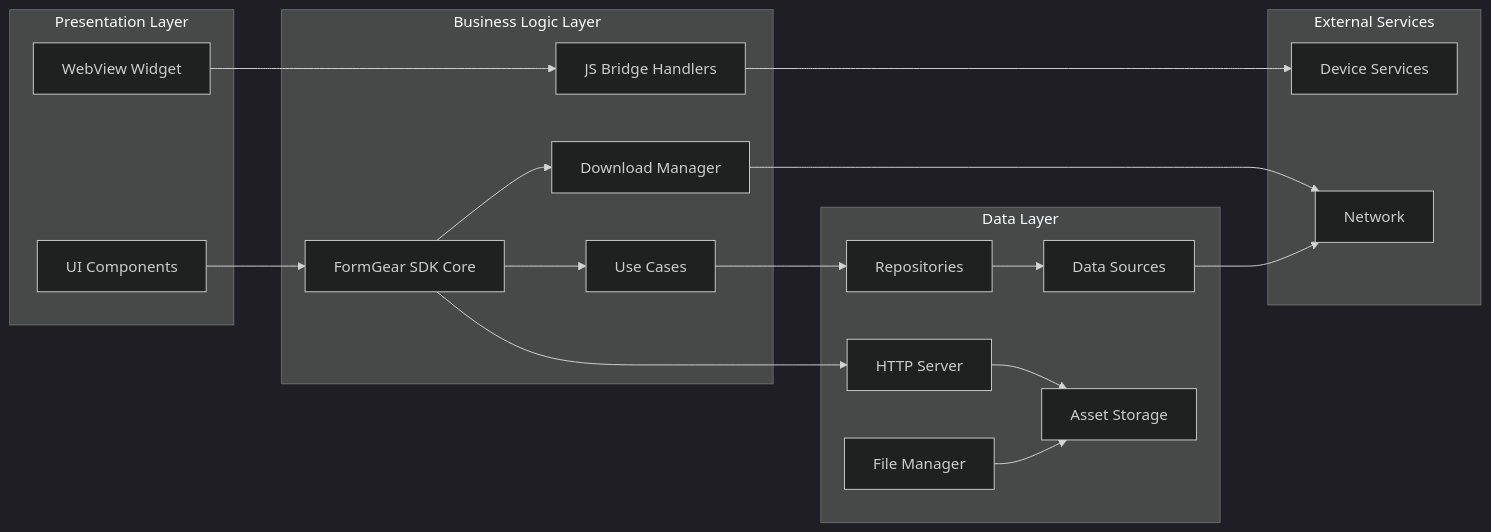
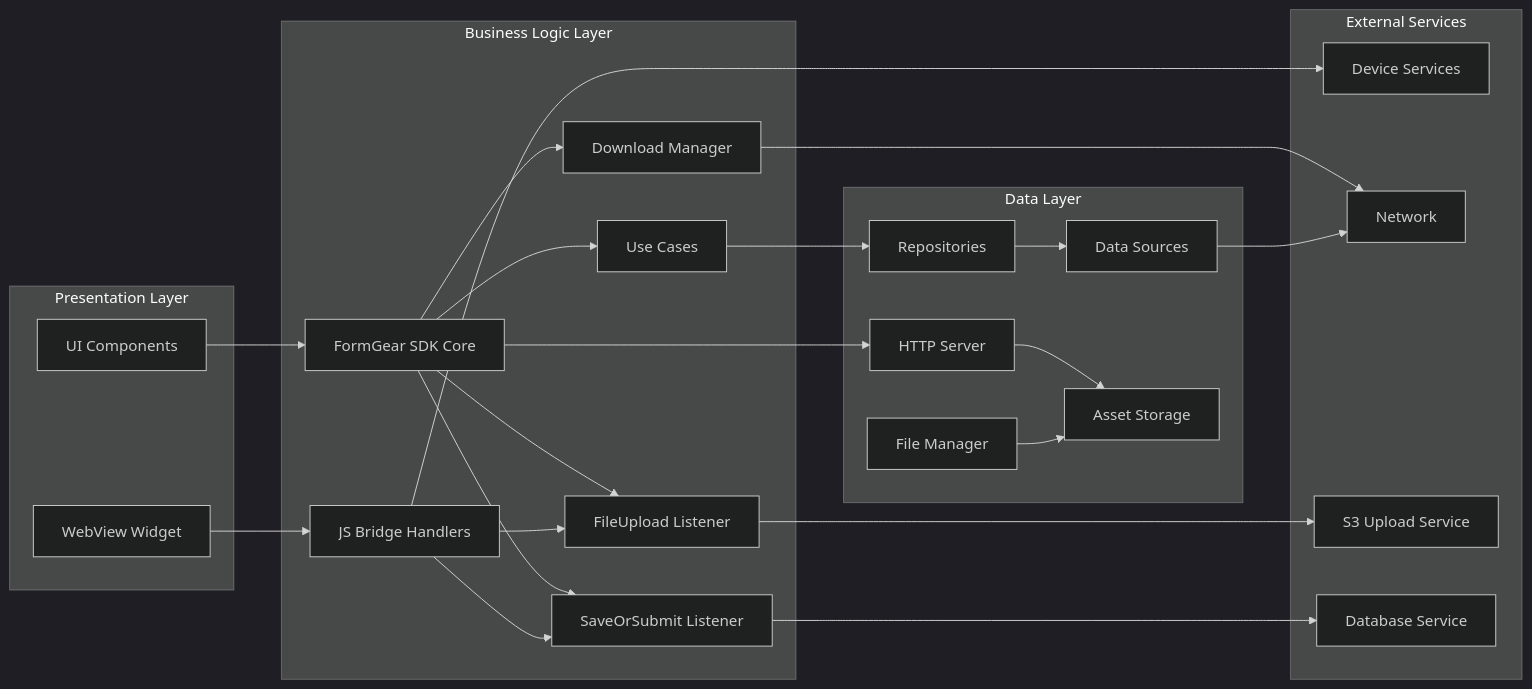
Before and after one commit to IPDS-59/form_gear_flutter_sdk: the third of 4 diagrams in README.md, drawn with Mermaid (dark theme). The commit also changed other lines of this file, not shown here.

First line of the commit message:
docs(readme): add comprehensive FileUploadListener documentation

````diff
--- a/README.md
+++ b/README.md
@@ -267,40 +296,50 @@
 ```mermaid
 graph LR
     subgraph "Presentation Layer"
         UI[UI Components]
         WV[WebView Widget]
     end
 
     subgraph "Business Logic Layer"
         SDK[FormGear SDK Core]
         UC[Use Cases]
         JS[JS Bridge Handlers]
         DM[Download Manager]
+        SDL[SaveOrSubmit Listener]
+        FUL[FileUpload Listener]
     end
 
     subgraph "Data Layer"
         REPO[Repositories]
         DS[Data Sources]
         HS[HTTP Server]
         FM[File Manager]
         AS[Asset Storage]
     end
 
     subgraph "External Services"
         DEV[Device Services]
         NET[Network]
+        S3[S3 Upload Service]
+        DB[Database Service]
     end
 
     UI --> SDK
     SDK --> UC
+    SDK --> SDL
+    SDK --> FUL
     UC --> REPO
     REPO --> DS
     WV --> JS
     SDK --> DM
     SDK --> HS
     JS --> DEV
+    JS --> SDL
+    JS --> FUL
     DM --> NET
     DS --> NET
     HS --> AS
     FM --> AS
+    FUL --> S3
+    SDL --> DB
 ```
````
